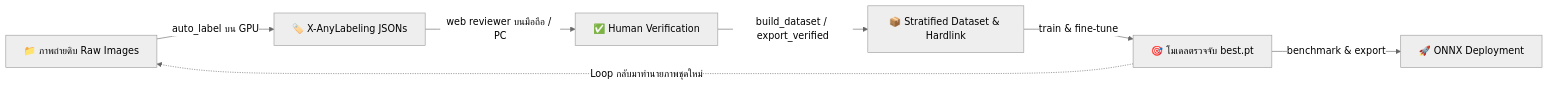
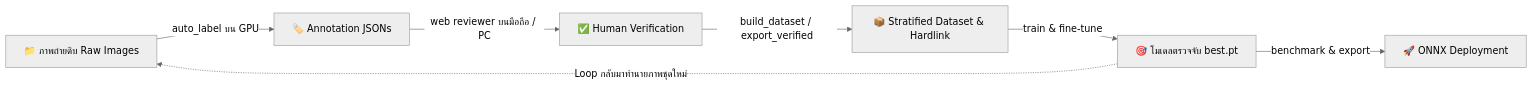
One commit to Pakaho-q1/Checker-Label changed the diagram in README.md. Above: the diagram before and after it, drawn with Mermaid (neutral theme). The commit also changed other lines of this file and 11 other files, not shown here.

````diff
--- a/README.md
+++ b/README.md
@@ -24,9 +24,9 @@
 ```mermaid
 flowchart LR
-    A[📁 ภาพถ่ายดิบ Raw Images] -->|auto_label บน GPU| B[🏷️ X-AnyLabeling JSONs]
+    A[📁 ภาพถ่ายดิบ Raw Images] -->|auto_label บน GPU| B[🏷️ Annotation JSONs]
     B -->|web reviewer บนมือถือ / PC| C[✅ Human Verification]
     C -->|build_dataset / export_verified| D[📦 Stratified Dataset & Hardlink]
     D -->|train & fine-tune| E[🎯 โมเดลตรวจจับ best.pt]
     E -->|benchmark & export| F[🚀 ONNX Deployment]
     E -.->|Loop กลับมาทำนายภาพชุดใหม่| A
 ```
````
